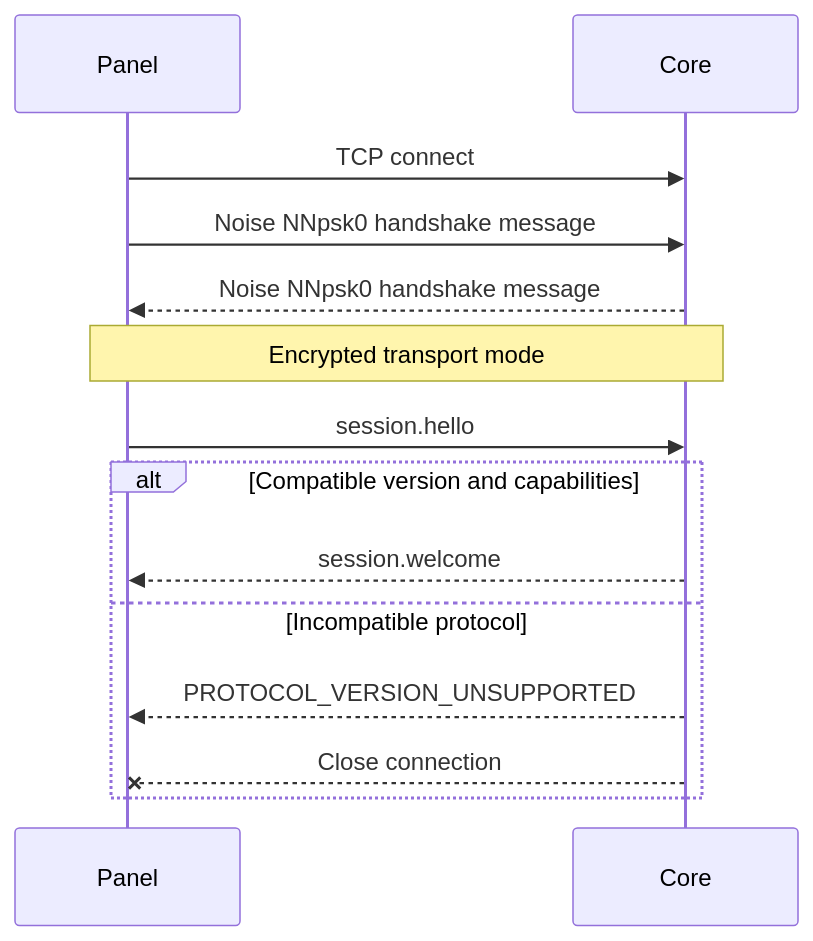
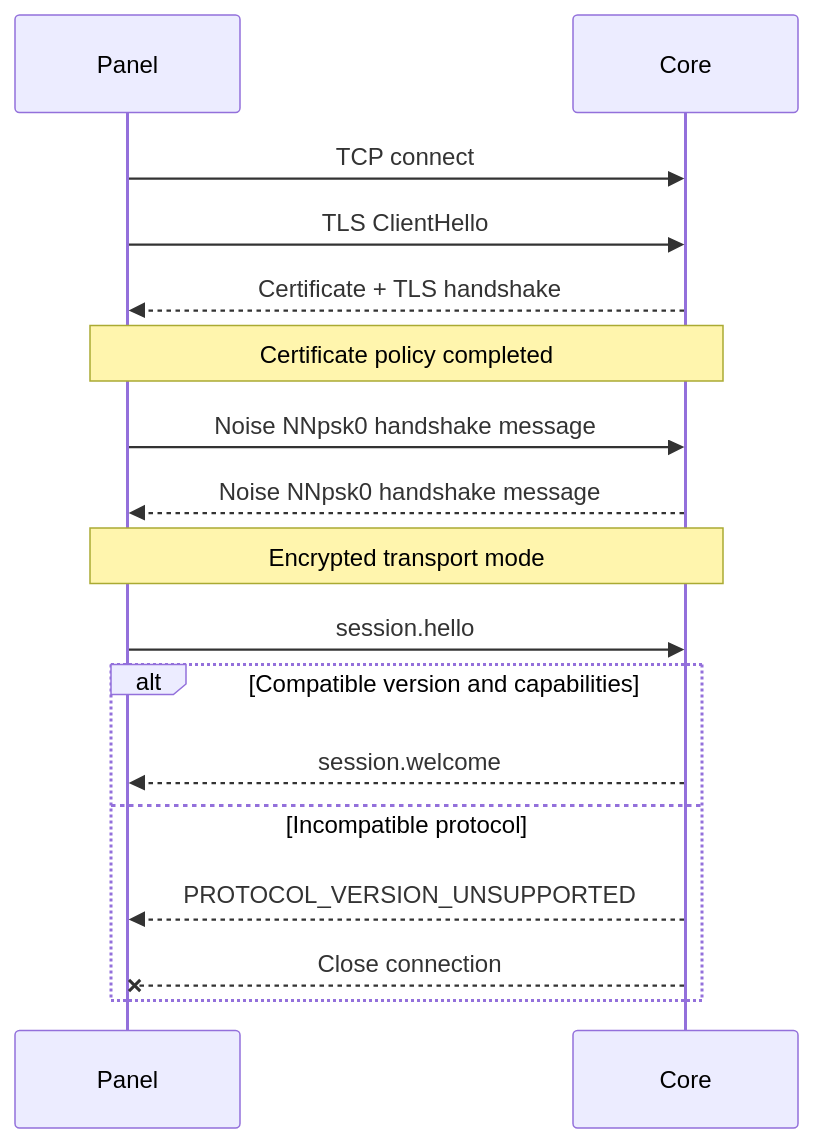
Before and after one commit to Gu-ZT/MinecraftNexusPanel: the diagram in docs/api/core-tcp.md, drawn with Mermaid. The commit also changed other lines of this file and 36 other files, not shown here.

````diff
--- a/docs/api/core-tcp.md
+++ b/docs/api/core-tcp.md
@@ -59,16 +75,19 @@
 ```mermaid
 sequenceDiagram
     participant P as Panel
     participant C as Core
     P ->> C: TCP connect
+    P ->> C: TLS ClientHello
+    C -->> P: Certificate + TLS handshake
+    Note over P, C: Certificate policy completed
     P ->> C: Noise NNpsk0 handshake message
     C -->> P: Noise NNpsk0 handshake message
     Note over P, C: Encrypted transport mode
     P ->> C: session.hello
     alt Compatible version and capabilities
         C -->> P: session.welcome
     else Incompatible protocol
         C -->> P: PROTOCOL_VERSION_UNSUPPORTED
         C --x P: Close connection
     end
 ```
````
